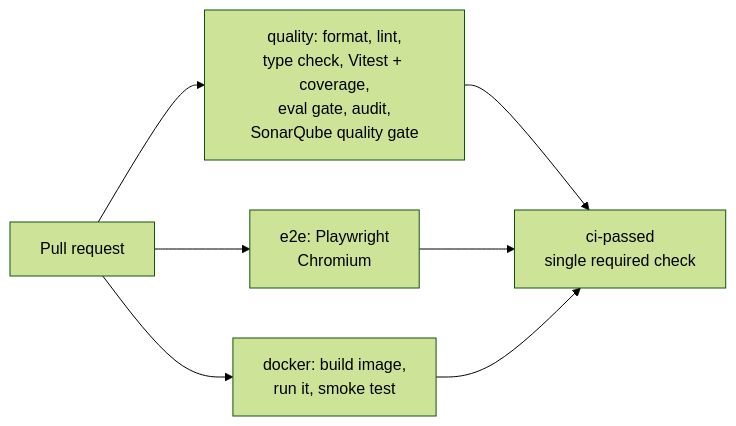
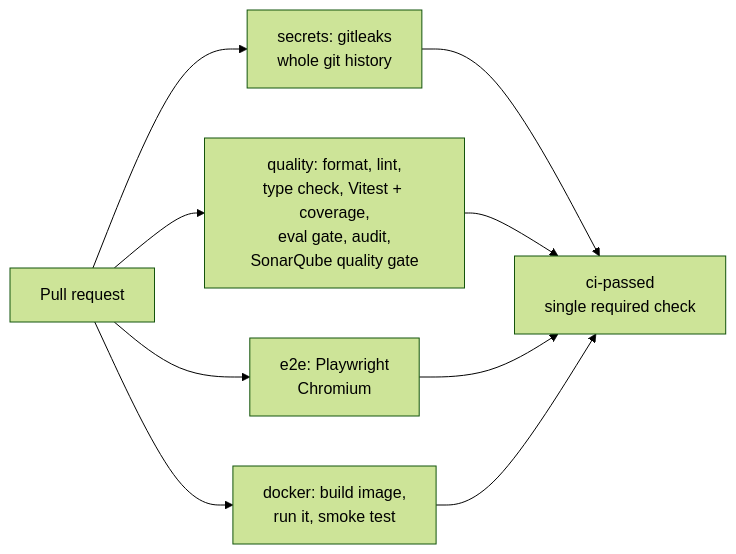
One commit to hudson-m/doc-triage changed the second of 2 diagrams in README.md. Above: the diagram before and after it, drawn with Mermaid (forest theme). The commit also changed other lines of this file and 2 other files, not shown here.

Commit message:
Scan the whole git history for secrets with gitleaks
New secrets job runs gitleaks 8.30.1 over every commit and blocks the
merge through ci-passed. The binary is verified against a SHA-256
pinned in the workflow, and findings are redacted in the log. ADR 8
explains how it layers with SonarQube's secret rules.

````diff
--- a/README.md
+++ b/README.md
@@ -42,8 +43,9 @@
 ```mermaid
 flowchart LR
-  PR[Pull request] --> Q & E & D
+  PR[Pull request] --> S & Q & E & D
+  S[secrets: gitleaks<br/>whole git history]
   Q[quality: format, lint,<br/>type check, Vitest + coverage,<br/>eval gate, audit,<br/>SonarQube quality gate]
   E[e2e: Playwright<br/>Chromium]
   D[docker: build image,<br/>run it, smoke test]
-  Q & E & D --> OK[ci-passed<br/>single required check]
+  S & Q & E & D --> OK[ci-passed<br/>single required check]
 ```
````
